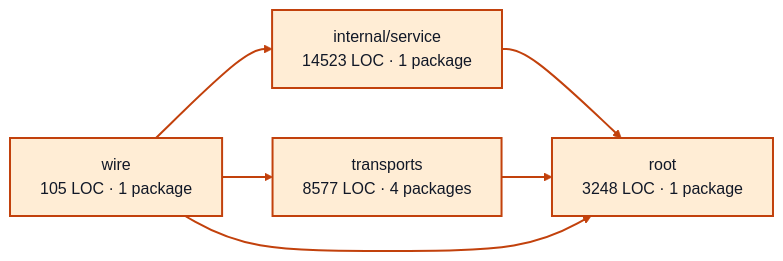
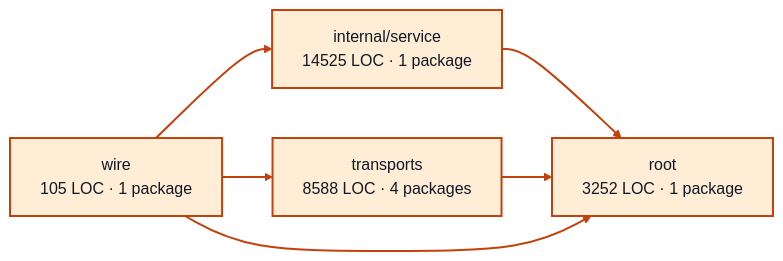
The diagram in docs/architecture/visualizations/services/worker_sessions.md (portpowered/you-agent-factory), drawn with Mermaid before and after one commit. The commit also changed other lines of this file and 20 other files, not shown here.

Commit message:
docs: refresh backend architecture visualizations

````diff
--- a/docs/architecture/visualizations/services/worker_sessions.md
+++ b/docs/architecture/visualizations/services/worker_sessions.md
@@ -11,17 +11,17 @@
 ```mermaid
 flowchart LR
-  p0["internal/service<br/>14523 LOC · 1 package"]
-  p1["root<br/>3248 LOC · 1 package"]
-  p2["transports<br/>8577 LOC · 4 packages"]
+  p0["internal/service<br/>14525 LOC · 1 package"]
+  p1["root<br/>3252 LOC · 1 package"]
+  p2["transports<br/>8588 LOC · 4 packages"]
   p3["wire<br/>105 LOC · 1 package"]
   p0 --> p1
   p2 --> p1
   p3 --> p0
   p3 --> p1
   p3 --> p2
   style p0 fill:#ffedd5,stroke:#c2410c,stroke-width:2px,color:#111827
   style p1 fill:#ffedd5,stroke:#c2410c,stroke-width:2px,color:#111827
   style p2 fill:#ffedd5,stroke:#c2410c,stroke-width:2px,color:#111827
   style p3 fill:#ffedd5,stroke:#c2410c,stroke-width:2px,color:#111827
   linkStyle default stroke:#c2410c,stroke-width:2px
 ```
````
